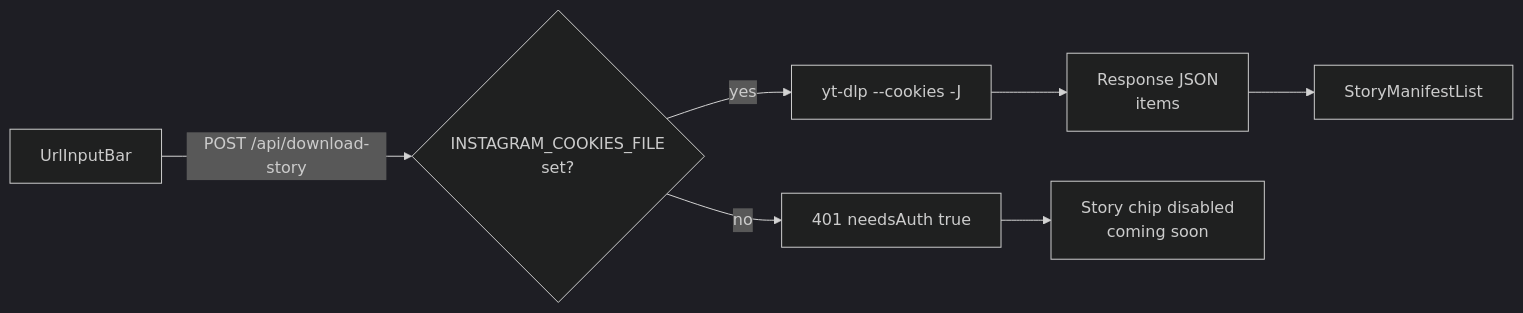
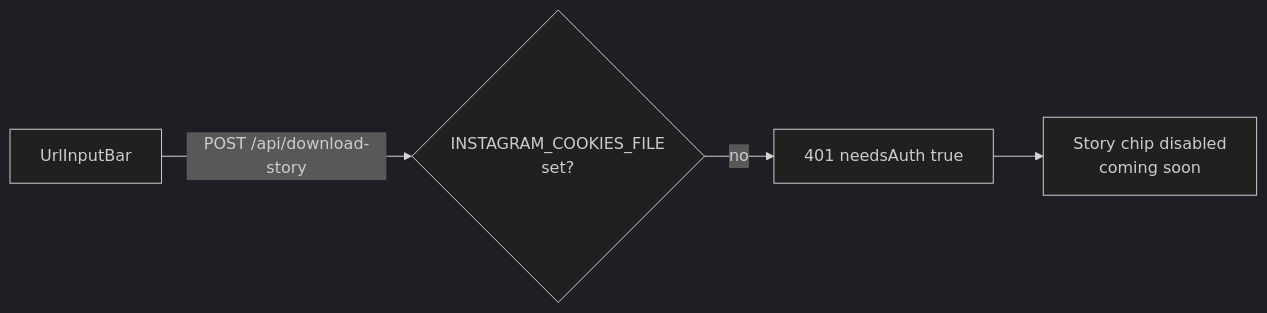
One commit to Agustin-Perezz/ig-reels-downloader-poc changed the third of 3 diagrams in README.md. Above: the diagram before and after it, drawn with Mermaid (dark theme). The commit also changed other lines of this file and 13 other files, not shown here.

Commit message:
refactor(video): Replace yt-dlp with GraphQL-based video downloads (#6)

````diff
--- a/README.md
+++ b/README.md
@@ -59,9 +60,6 @@
 ```mermaid
 flowchart LR
     A["UrlInputBar"] -->|"POST /api/download-story"| B{"INSTAGRAM_COOKIES_FILE<br/>set?"}
     B -->|"no"| C["401 needsAuth true"]
-    B -->|"yes"| D["yt-dlp --cookies -J"]
-    D --> E["Response JSON<br/>items"]
-    E --> F["StoryManifestList"]
-    C --> G["Story chip disabled<br/>coming soon"]
+    C --> D["Story chip disabled<br/>coming soon"]
 ```
````
